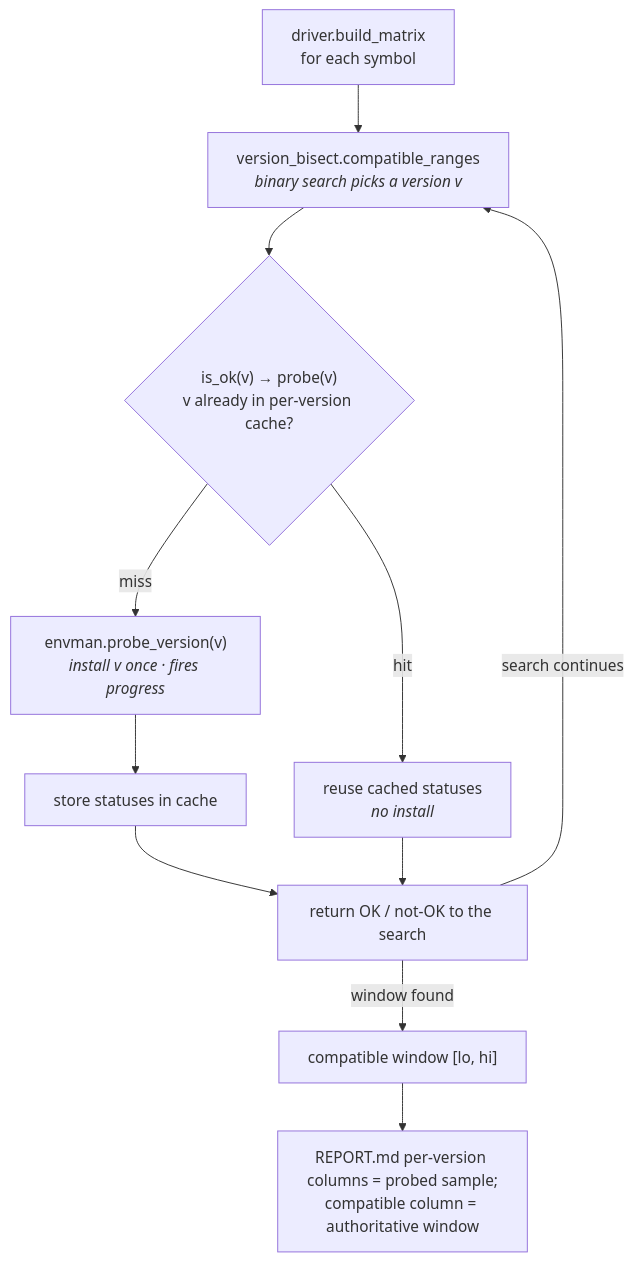
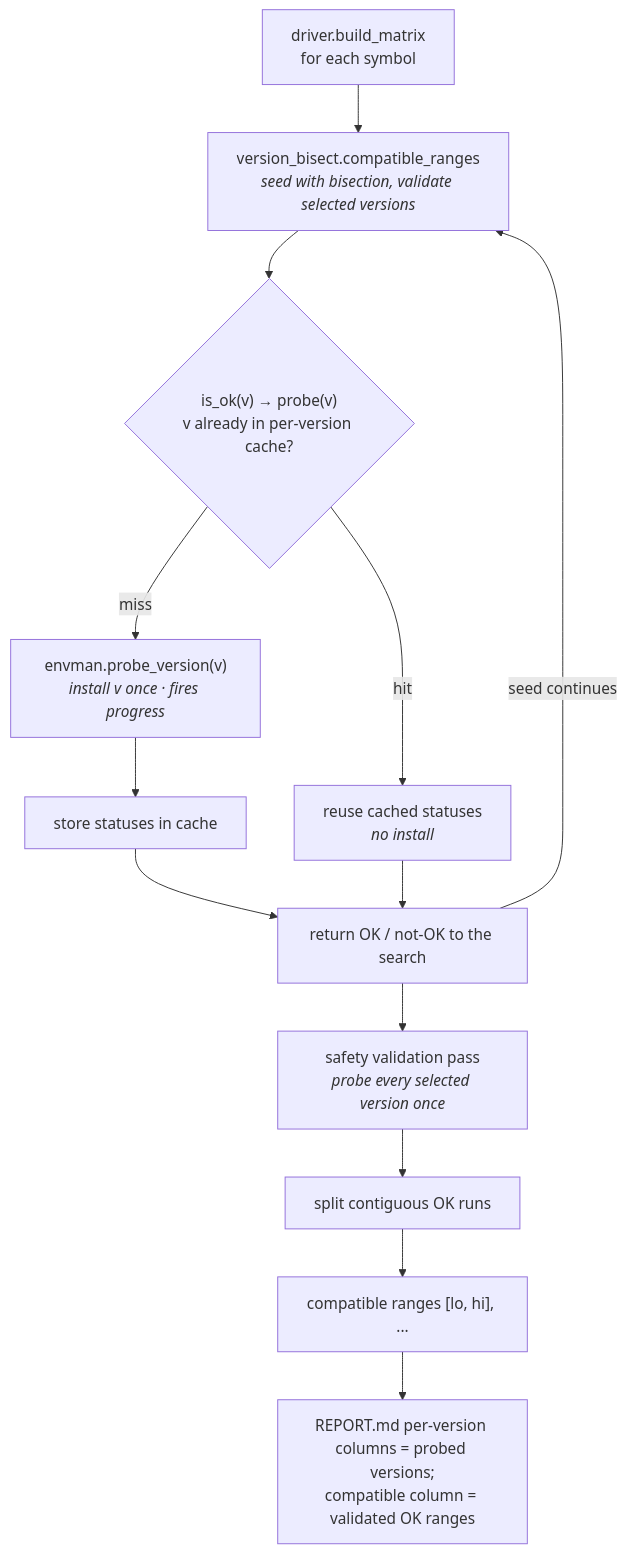
Before and after one commit to joe0731/modelopt_ptq_transformers_doctor: the fourth of 8 diagrams in README.md, drawn with Mermaid. The commit also changed other lines of this file and 11 other files, not shown here.

Commit message:
feat: validate compatibility ranges and show affected models

````diff
--- a/README.md
+++ b/README.md
@@ -138,13 +140,15 @@
 ```mermaid
 flowchart TD
-    drive["driver.build_matrix<br/>for each symbol"] --> search["version_bisect.compatible_ranges<br/><i>binary search picks a version v</i>"]
+    drive["driver.build_matrix<br/>for each symbol"] --> search["version_bisect.compatible_ranges<br/><i>seed with bisection, validate selected versions</i>"]
     search --> ask{"is_ok(v) → probe(v)<br/>v already in per-version cache?"}
     ask -->|hit| reuse["reuse cached statuses<br/><i>no install</i>"]
     ask -->|miss| install["envman.probe_version(v)<br/><i>install v once · fires progress</i>"]
     install --> store["store statuses in cache"]
     store --> verdict["return OK / not-OK to the search"]
     reuse --> verdict
-    verdict -->|search continues| search
-    verdict -->|window found| window["compatible window [lo, hi]"]
-    window --> note["REPORT.md per-version columns = probed sample;<br/>compatible column = authoritative window"]
+    verdict -->|seed continues| search
+    verdict --> validate["safety validation pass<br/><i>probe every selected version once</i>"]
+    validate --> split["split contiguous OK runs"]
+    split --> window["compatible ranges [lo, hi], ..."]
+    window --> note["REPORT.md per-version columns = probed versions;<br/>compatible column = validated OK ranges"]
 ```
````
